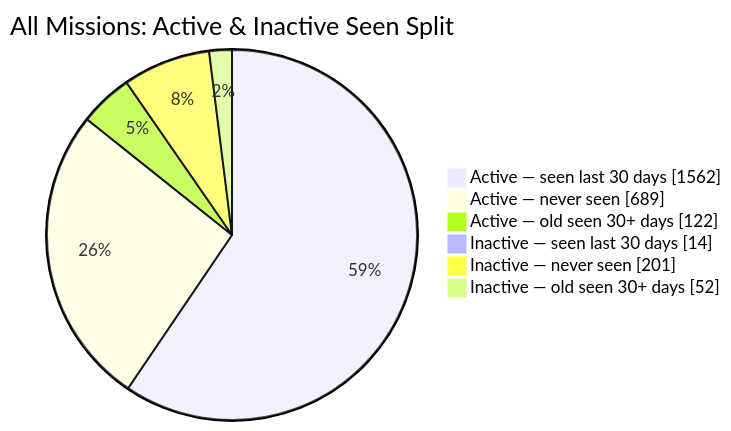
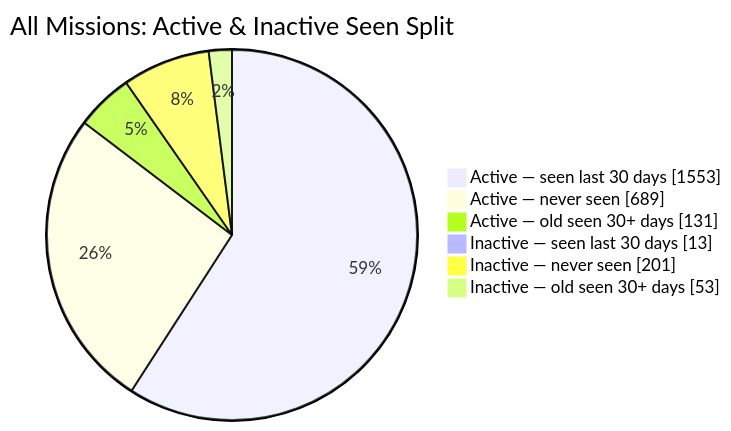
Before and after one commit to MeldkamerspelGameTeam/active-missions: the second of 2 diagrams in README.md, drawn with Mermaid. The commit also changed other lines of this file and 2 other files, not shown here.

````diff
--- a/README.md
+++ b/README.md
@@ -44,10 +44,10 @@
 ```mermaid
 pie showData
     title All Missions: Active & Inactive Seen Split
-    "Active — seen last 30 days" : 1562
+    "Active — seen last 30 days" : 1553
     "Active — never seen" : 689
-    "Active — old seen 30+ days" : 122
-    "Inactive — seen last 30 days" : 14
+    "Active — old seen 30+ days" : 131
+    "Inactive — seen last 30 days" : 13
     "Inactive — never seen" : 201
-    "Inactive — old seen 30+ days" : 52
+    "Inactive — old seen 30+ days" : 53
 ```
````
